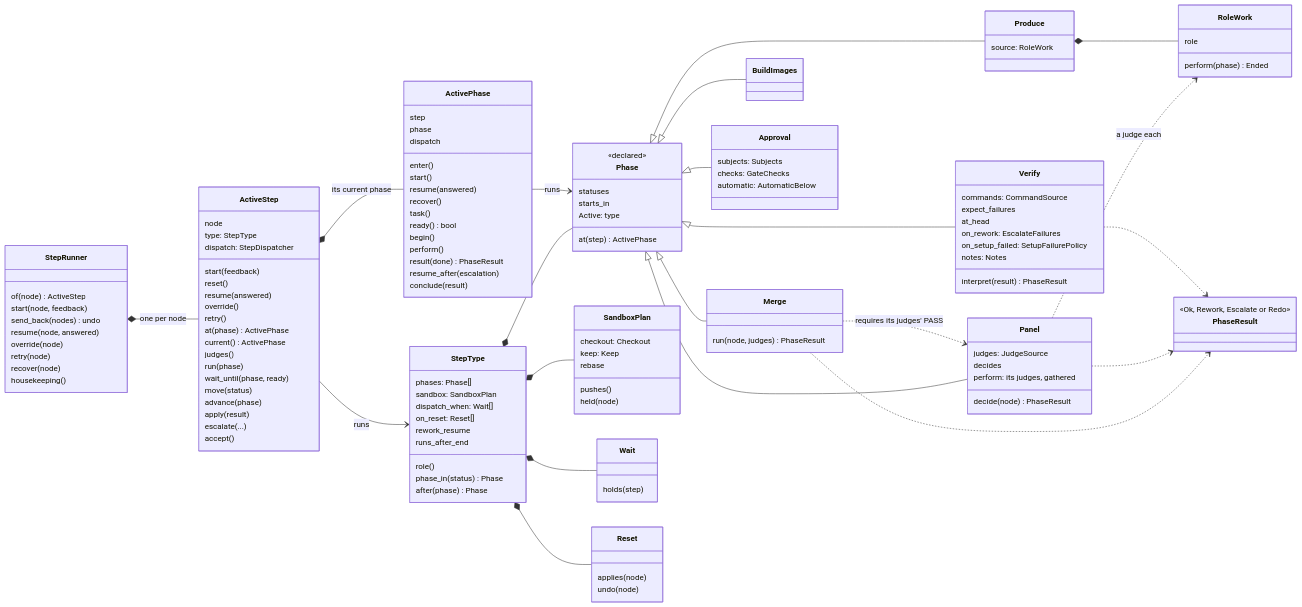
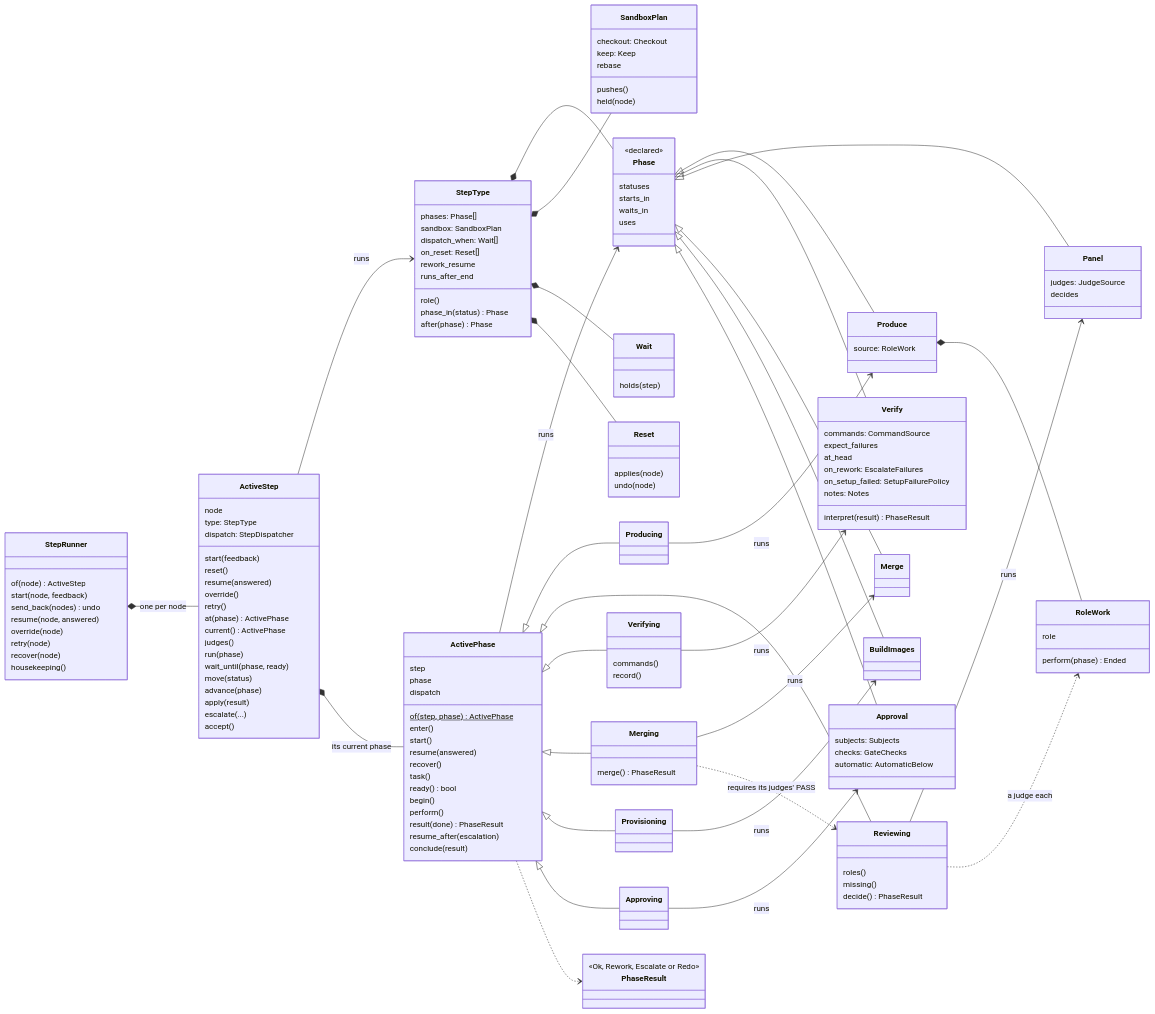
One commit to mr-miles/orchestrator changed the fourth of 6 diagrams in docs/architecture.md. Above: the diagram before and after it, drawn with Mermaid. The commit also changed other lines of this file and 4 other files, not shown here.

First line of the commit message:
Declarations hold only policies; their active classes read the node and the change

````diff
--- a/docs/architecture.md
+++ b/docs/architecture.md
@@ -364,13 +378,14 @@
         <<declared>>
         statuses
         starts_in
-        Active: type
-        at(step) ActivePhase
+        waits_in
+        uses
     }
     class ActivePhase {
         step
         phase
         dispatch
+        of(step, phase)$ ActivePhase
         enter()
         start()
         resume(answered)
@@ -402,18 +417,29 @@
     class Panel {
         judges: JudgeSource
         decides
-        perform: its judges, gathered
-        decide(node) PhaseResult
     }
-    class Merge {
-        run(node, judges) PhaseResult
-    }
+    class Merge
     class BuildImages
     class Approval {
         subjects: Subjects
         checks: GateChecks
         automatic: AutomaticBelow
     }
+    class Producing
+    class Reviewing {
+        roles()
+        missing()
+        decide() PhaseResult
+    }
+    class Verifying {
+        commands()
+        record()
+    }
+    class Merging {
+        merge() PhaseResult
+    }
+    class Provisioning
+    class Approving
     class SandboxPlan {
         checkout: Checkout
         keep: Keep
@@ -436,20 +462,30 @@
     ActiveStep --> StepType : runs
     ActiveStep *-- ActivePhase : its current phase
     ActivePhase --> Phase : runs
+    ActivePhase <|-- Producing
+    ActivePhase <|-- Reviewing
+    ActivePhase <|-- Verifying
+    ActivePhase <|-- Merging
+    ActivePhase <|-- Provisioning
+    ActivePhase <|-- Approving
+    Producing --> Produce : runs
+    Reviewing --> Panel : runs
+    Verifying --> Verify : runs
+    Merging --> Merge : runs
+    Provisioning --> BuildImages : runs
+    Approving --> Approval : runs
     StepType *-- Phase
     StepType *-- SandboxPlan
     StepType *-- Wait
     StepType *-- Reset
     Phase <|-- Produce
     Produce *-- RoleWork
-    Panel ..> RoleWork : a judge each
-    Merge ..> Panel : requires its judges' PASS
+    Reviewing ..> RoleWork : a judge each
+    Merging ..> Reviewing : requires its judges' PASS
     Phase <|-- Verify
     Phase <|-- Panel
     Phase <|-- Merge
     Phase <|-- BuildImages
     Phase <|-- Approval
-    Verify ..> PhaseResult
-    Panel ..> PhaseResult
-    Merge ..> PhaseResult
+    ActivePhase ..> PhaseResult
 ```
````
